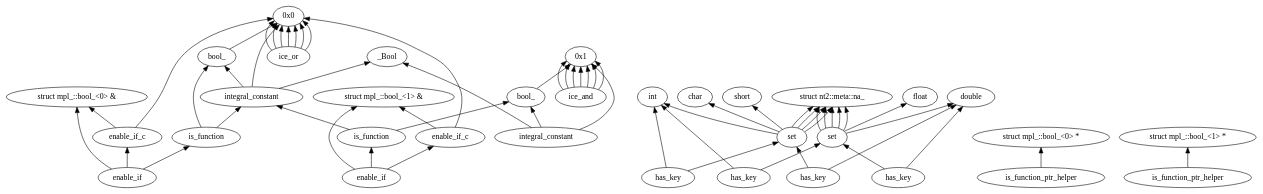
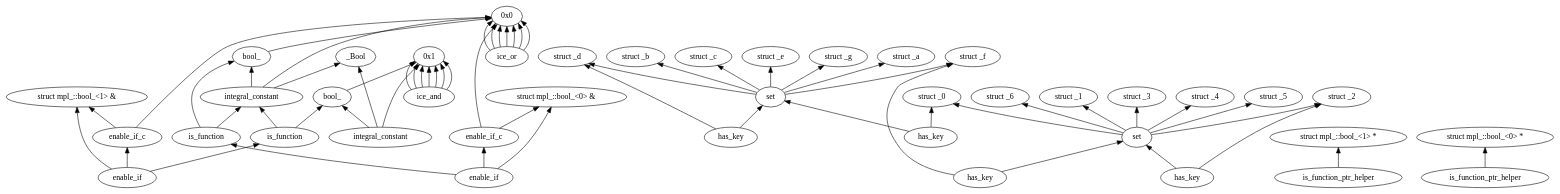
One commit to brycelelbach/ariel changed the diagram in output/dot/nt2_vs_mpl/nt2_has_key.dot. Above: the diagram before and after it, drawn with Graphviz. The commit also changed 19 other files, not shown here.

Commit message:
Regenned all tests in svg, modified the nt2 set vs mpl set tests.

```diff
--- a/output/dot/nt2_vs_mpl/nt2_has_key.dot
+++ b/output/dot/nt2_vs_mpl/nt2_has_key.dot
@@ -1,98 +1,106 @@
 digraph {
 rankdir="BT";
-n131100440[label="_Bool"];
-n131100464[label="char"];
-n131100512[label="short"];
-n131100536[label="int"];
-n131100728[label="float"];
-n131100752[label="double"];
-n132910936[label="struct nt2::meta::na_"];
-n137095912[label="struct mpl_::bool_&lt;0&gt; &amp;"];
-n137115728[label="struct mpl_::bool_&lt;0&gt; *"];
-n137143464[label="struct mpl_::bool_&lt;1&gt; &amp;"];
-n137155248[label="struct mpl_::bool_&lt;1&gt; *"];
-n6129461907[label="set"];
-n6651677817[label="ice_and"];
-n6904405321[label="enable_if"];
-n61013443111[label="enable_if"];
-n61030575691[label="is_function"];
-n61083115859[label="enable_if_c"];
-n61162576659[label="enable_if_c"];
-n61177002146[label="has_key"];
-n61418953898[label="has_key"];
-n61475379414[label="integral_constant"];
-n62193598465[label="has_key"];
-n62420355208[label="set"];
-n62460539238[label="has_key"];
-n62718947150[label="bool_"];
-n62724002304[label="is_function"];
-n62762027104[label="bool_"];
-n63258183466[label="integral_constant"];
-n63342879897[label="is_function_ptr_helper"];
-n63773406905[label="is_function_ptr_helper"];
-n64045814841[label="ice_or"];
+n147115800[label="_Bool"];
+n152833480[label="struct _0"];
+n152833992[label="struct _1"];
+n152834504[label="struct _2"];
+n152835016[label="struct _3"];
+n152841128[label="struct _4"];
+n152841640[label="struct _5"];
+n152842152[label="struct _6"];
+n152842664[label="struct _a"];
+n152843176[label="struct _b"];
+n152843688[label="struct _c"];
+n152844200[label="struct _d"];
+n152844712[label="struct _e"];
+n152845224[label="struct _f"];
+n152845736[label="struct _g"];
+n152869736[label="struct mpl_::bool_&lt;1&gt; &amp;"];
+n152886432[label="struct mpl_::bool_&lt;1&gt; *"];
+n152927160[label="struct mpl_::bool_&lt;0&gt; &amp;"];
+n152943136[label="struct mpl_::bool_&lt;0&gt; *"];
+n670972402[label="set"];
+n680457851[label="is_function_ptr_helper"];
+n6751426152[label="is_function_ptr_helper"];
+n61179582374[label="enable_if"];
+n61229342682[label="has_key"];
+n61298870507[label="bool_"];
+n62030002258[label="is_function"];
+n62837064249[label="has_key"];
+n63267975098[label="enable_if_c"];
+n63303912006[label="is_function"];
+n63374906040[label="ice_and"];
+n63507281393[label="set"];
+n63562106922[label="bool_"];
+n63618825365[label="integral_constant"];
+n63793430081[label="integral_constant"];
+n63838149840[label="ice_or"];
+n63919158997[label="enable_if_c"];
+n64030248061[label="enable_if"];
+n64109748335[label="has_key"];
+n64292126477[label="has_key"];
 n81030972443[label="0x1"];
 n81773484321[label="0x0"];
 
-n6129461907 -> n131100752;
-n6129461907 -> n131100728;
-n6129461907 -> n132910936;
-n6129461907 -> n132910936;
-n6129461907 -> n132910936;
-n6129461907 -> n132910936;
-n6129461907 -> n132910936;
-n6651677817 -> n81030972443;
-n6651677817 -> n81030972443;
-n6651677817 -> n81030972443;
-n6651677817 -> n81030972443;
-n6651677817 -> n81030972443;
-n6651677817 -> n81030972443;
-n6651677817 -> n81030972443;
-n6904405321 -> n62724002304;
-n6904405321 -> n137095912;
-n6904405321 -> n61083115859;
-n61013443111 -> n61030575691;
-n61013443111 -> n137143464;
-n61013443111 -> n61162576659;
-n61030575691 -> n62718947150;
-n61030575691 -> n61475379414;
-n61083115859 -> n81773484321;
-n61083115859 -> n137095912;
-n61162576659 -> n81773484321;
-n61162576659 -> n137143464;
-n61177002146 -> n6129461907;
-n61177002146 -> n131100536;
-n61418953898 -> n6129461907;
-n61418953898 -> n131100752;
-n61475379414 -> n131100440;
-n61475379414 -> n81773484321;
-n61475379414 -> n62762027104;
-n62193598465 -> n62420355208;
-n62193598465 -> n131100536;
-n62420355208 -> n131100464;
-n62420355208 -> n131100512;
-n62420355208 -> n131100536;
-n62420355208 -> n132910936;
-n62420355208 -> n132910936;
-n62420355208 -> n132910936;
-n62420355208 -> n132910936;
-n62460539238 -> n62420355208;
-n62460539238 -> n131100752;
-n62718947150 -> n81030972443;
-n62724002304 -> n62762027104;
-n62724002304 -> n61475379414;
-n62762027104 -> n81773484321;
-n63258183466 -> n131100440;
-n63258183466 -> n81030972443;
-n63258183466 -> n62718947150;
-n63342879897 -> n137155248;
-n63773406905 -> n137115728;
-n64045814841 -> n81773484321;
-n64045814841 -> n81773484321;
-n64045814841 -> n81773484321;
-n64045814841 -> n81773484321;
-n64045814841 -> n81773484321;
-n64045814841 -> n81773484321;
-n64045814841 -> n81773484321;
+n670972402 -> n152842664;
+n670972402 -> n152843176;
+n670972402 -> n152843688;
+n670972402 -> n152844200;
+n670972402 -> n152844712;
+n670972402 -> n152845224;
+n670972402 -> n152845736;
+n680457851 -> n152943136;
+n6751426152 -> n152886432;
+n61179582374 -> n62030002258;
+n61179582374 -> n152869736;
+n61179582374 -> n63267975098;
+n61229342682 -> n670972402;
+n61229342682 -> n152833480;
+n61298870507 -> n81773484321;
+n62030002258 -> n63562106922;
+n62030002258 -> n63618825365;
+n62837064249 -> n63507281393;
+n62837064249 -> n152845224;
+n63267975098 -> n81773484321;
+n63267975098 -> n152869736;
+n63303912006 -> n61298870507;
+n63303912006 -> n63618825365;
+n63374906040 -> n81030972443;
+n63374906040 -> n81030972443;
+n63374906040 -> n81030972443;
+n63374906040 -> n81030972443;
+n63374906040 -> n81030972443;
+n63374906040 -> n81030972443;
+n63374906040 -> n81030972443;
+n63507281393 -> n152833480;
+n63507281393 -> n152833992;
+n63507281393 -> n152834504;
+n63507281393 -> n152835016;
+n63507281393 -> n152841128;
+n63507281393 -> n152841640;
+n63507281393 -> n152842152;
+n63562106922 -> n81030972443;
+n63618825365 -> n147115800;
+n63618825365 -> n81773484321;
+n63618825365 -> n61298870507;
+n63793430081 -> n147115800;
+n63793430081 -> n81030972443;
+n63793430081 -> n63562106922;
+n63838149840 -> n81773484321;
+n63838149840 -> n81773484321;
+n63838149840 -> n81773484321;
+n63838149840 -> n81773484321;
+n63838149840 -> n81773484321;
+n63838149840 -> n81773484321;
+n63838149840 -> n81773484321;
+n63919158997 -> n81773484321;
+n63919158997 -> n152927160;
+n64030248061 -> n63303912006;
+n64030248061 -> n152927160;
+n64030248061 -> n63919158997;
+n64109748335 -> n670972402;
+n64109748335 -> n152844200;
+n64292126477 -> n63507281393;
+n64292126477 -> n152834504;
 
 }
```
